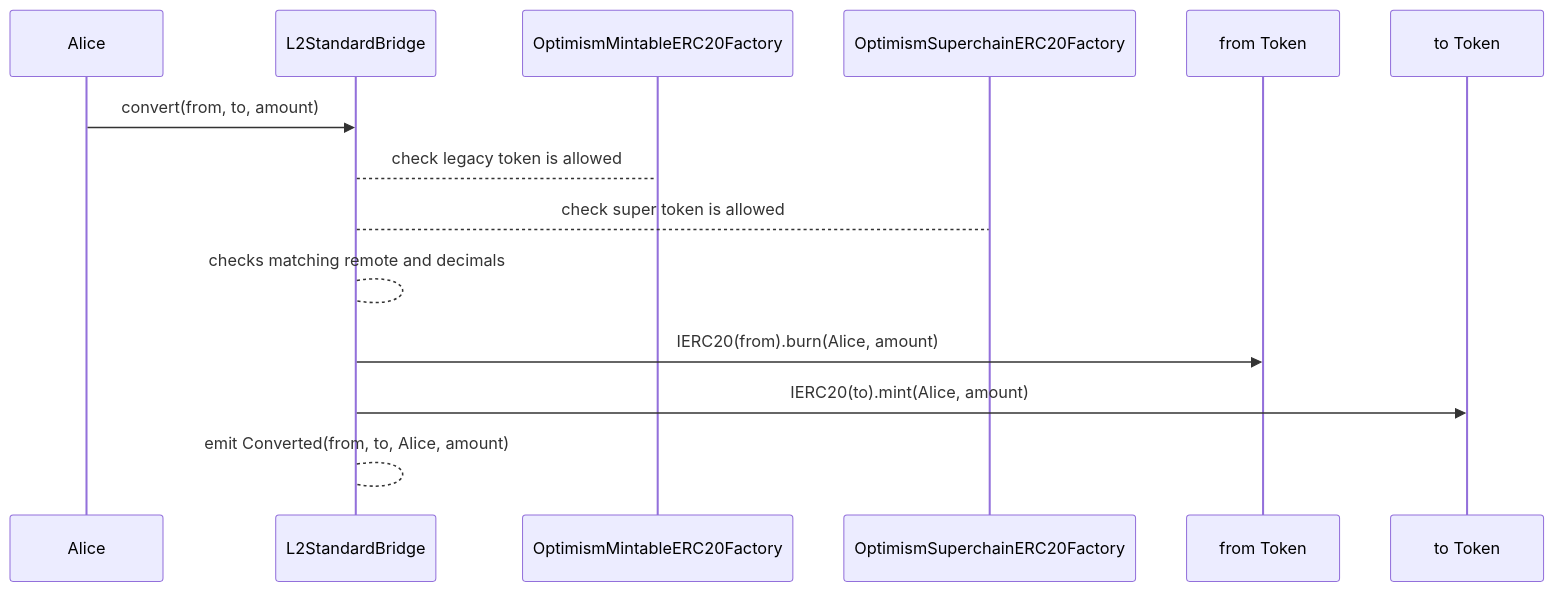
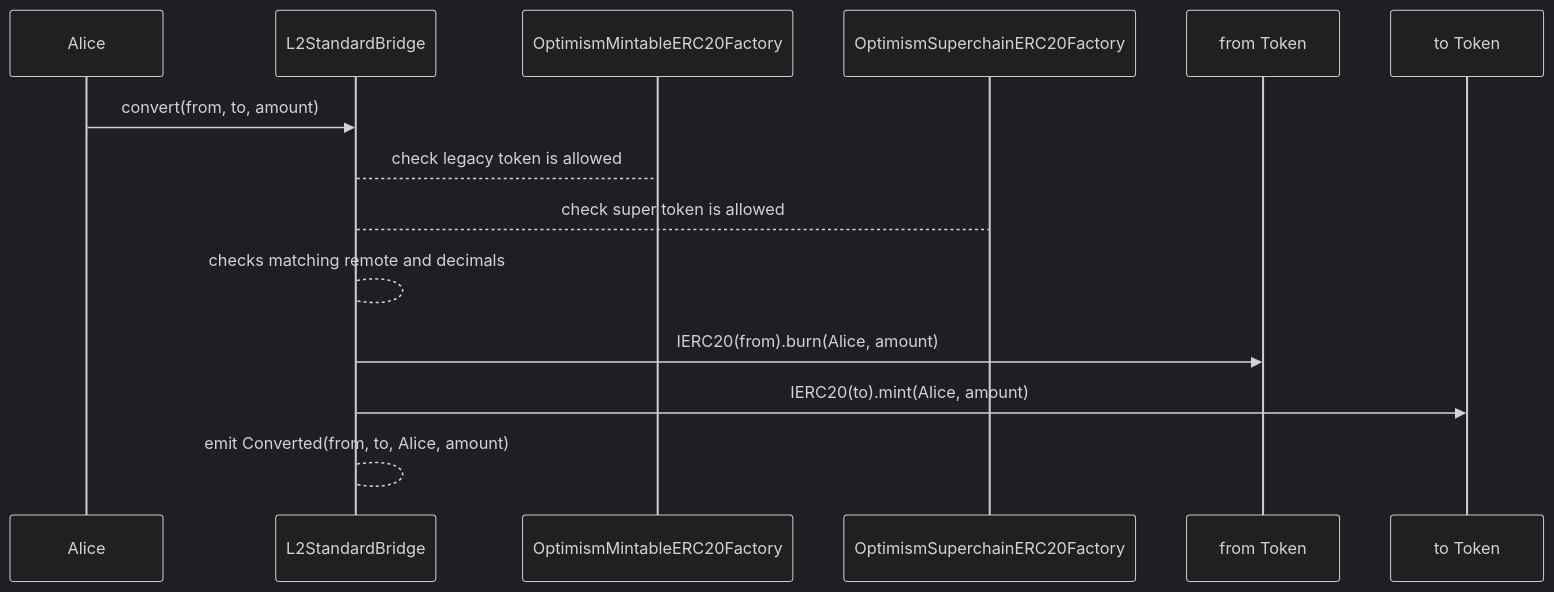
One commit to ethereum-optimism/specs changed the third of 4 diagrams in specs/interop/predeploys.md. Above: the diagram before and after it, drawn with Mermaid.

Commit message:
Change diagram theme to dark for accessibility

````diff
--- a/specs/interop/predeploys.md
+++ b/specs/interop/predeploys.md
@@ -664,17 +664,21 @@
 ```mermaid
+---
+config:
+  theme: dark
+---
 sequenceDiagram
   participant Alice
   participant L2StandardBridge
   participant factory as OptimismMintableERC20Factory
   participant superfactory as OptimismSuperchainERC20Factory
   participant legacy as from Token
   participant SuperERC20 as to Token
 
   Alice->>L2StandardBridge: convert(from, to, amount)
   L2StandardBridge-->factory: check legacy token is allowed
   L2StandardBridge-->superfactory: check super token is allowed
   L2StandardBridge-->L2StandardBridge: checks matching remote and decimals
   L2StandardBridge->>legacy: IERC20(from).burn(Alice, amount)
   L2StandardBridge->>SuperERC20: IERC20(to).mint(Alice, amount)
   L2StandardBridge-->L2StandardBridge: emit Converted(from, to, Alice, amount)
 ```
````
